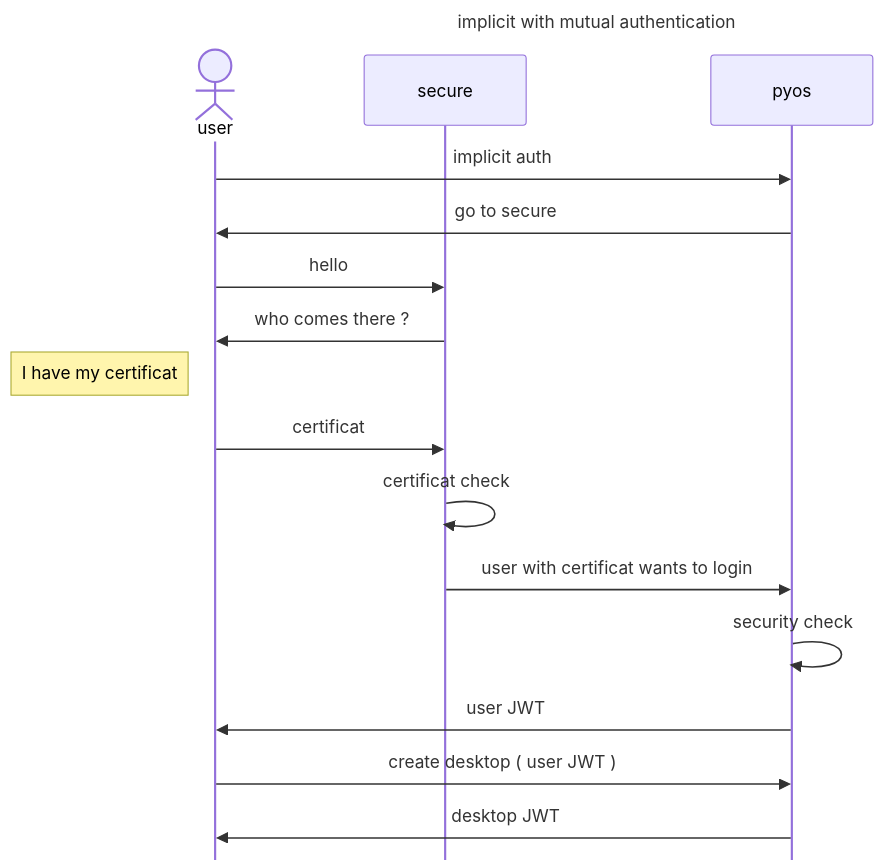
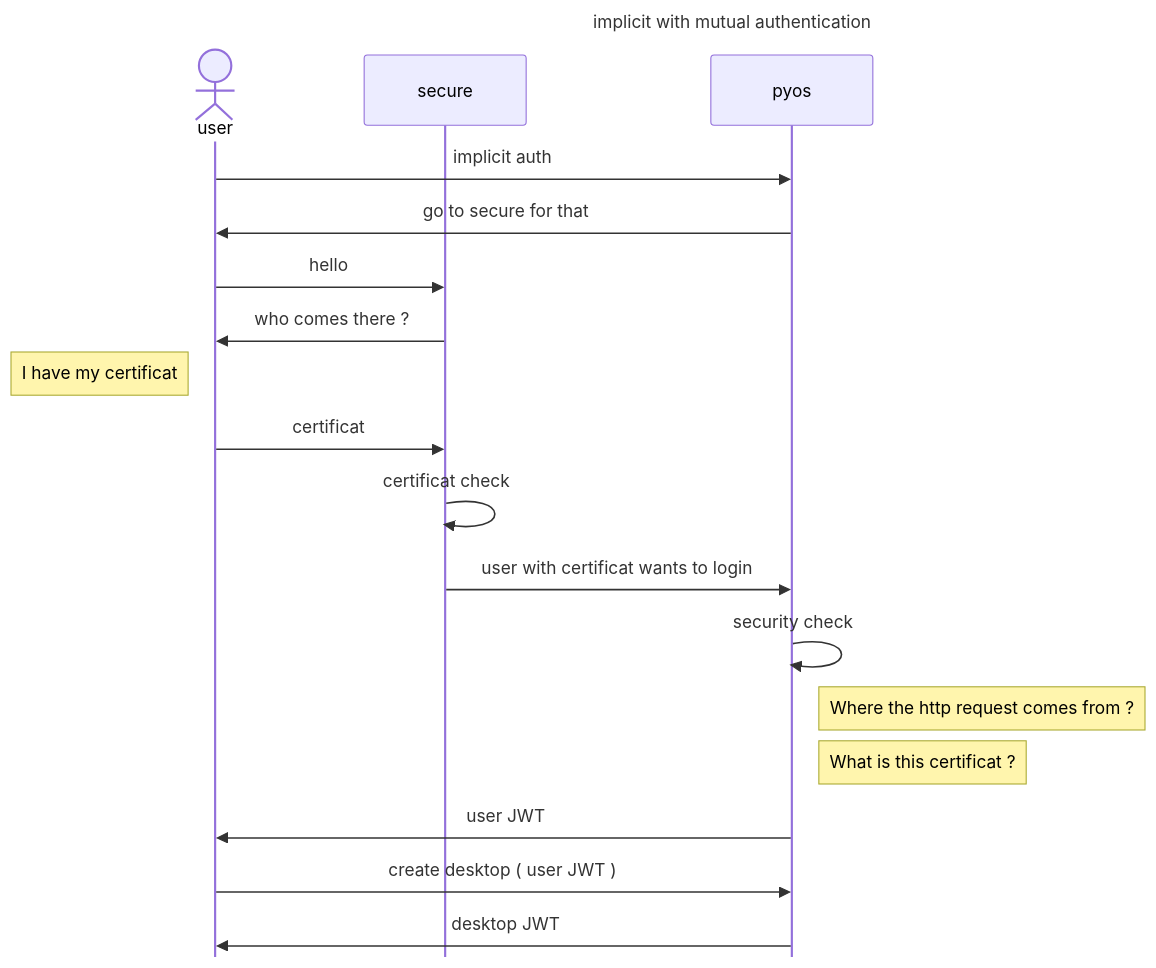
The diagram in opsdocs/docs/advanced/4.4/authentication/logmein.md (abcdesktopio/docs), drawn with Mermaid before and after one commit.

````diff
--- a/opsdocs/docs/advanced/4.4/authentication/logmein.md
+++ b/opsdocs/docs/advanced/4.4/authentication/logmein.md
@@ -9,24 +9,26 @@
 ``` mermaid
 ---
 config:
   mirrorActors: false
   look: handDrawn
 title: implicit with mutual authentication
 ---
 sequenceDiagram
   actor user as user
   participant secure as secure
   participant pyos as pyos
   user ->> pyos: implicit auth
-  pyos ->> user: go to secure
+  pyos ->> user: go to secure for that
   user ->> secure: hello 
   secure ->> user: who comes there ?
   Note left of user: I have my certificat
   user ->> secure: certificat
   secure ->> secure: certificat check
   secure ->> pyos: user with certificat wants to login 
   pyos ->> pyos: security check
+  Note right of pyos: Where the http request comes from ?
+  Note right of pyos: What is this certificat ?
   pyos ->> user: user JWT
   user ->> pyos: create desktop ( user JWT )
   pyos ->> user: desktop JWT
 ```
````
